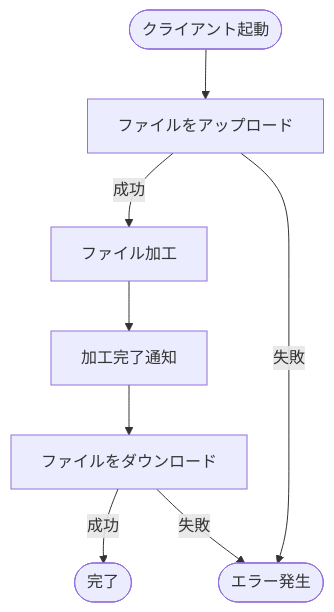
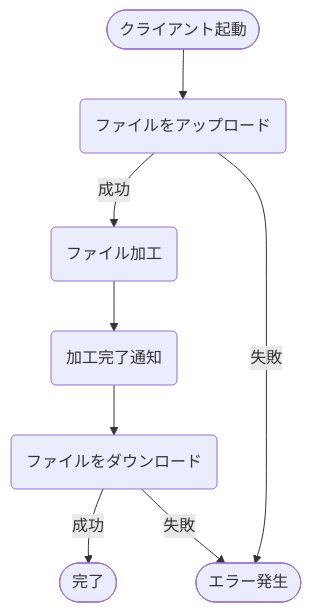
Before and after one commit to BackendExplorer/Video-Processor: the first of 3 diagrams in README.md, drawn with Mermaid.

Commit message:
Update README.md
ユーザーの操作手順のmermaidの図を修正

````diff
--- a/README.md
+++ b/README.md
@@ -197,17 +197,17 @@
 ```mermaid
 flowchart TD
     Start(["クライアント起動"])
-    アップロード["ファイルをアップロード"]
-    加工["ファイル加工"]
-    通知["加工完了通知"]
-    ダウンロード["ファイルをダウンロード"]
+    アップロード(ファイルをアップロード)
+    加工(ファイル加工)
+    通知(加工完了通知)
+    ダウンロード(ファイルをダウンロード)
     完了(["完了"])
     エラー(["エラー発生"])
 
     Start --> アップロード
     アップロード -- 成功 --> 加工
     アップロード -- 失敗 --> エラー
     加工 --> 通知 --> ダウンロード
     ダウンロード -- 成功 --> 完了
     ダウンロード -- 失敗 --> エラー
 ```
````
